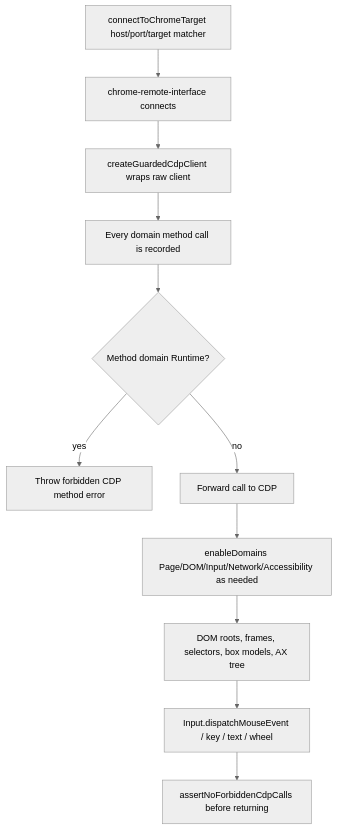
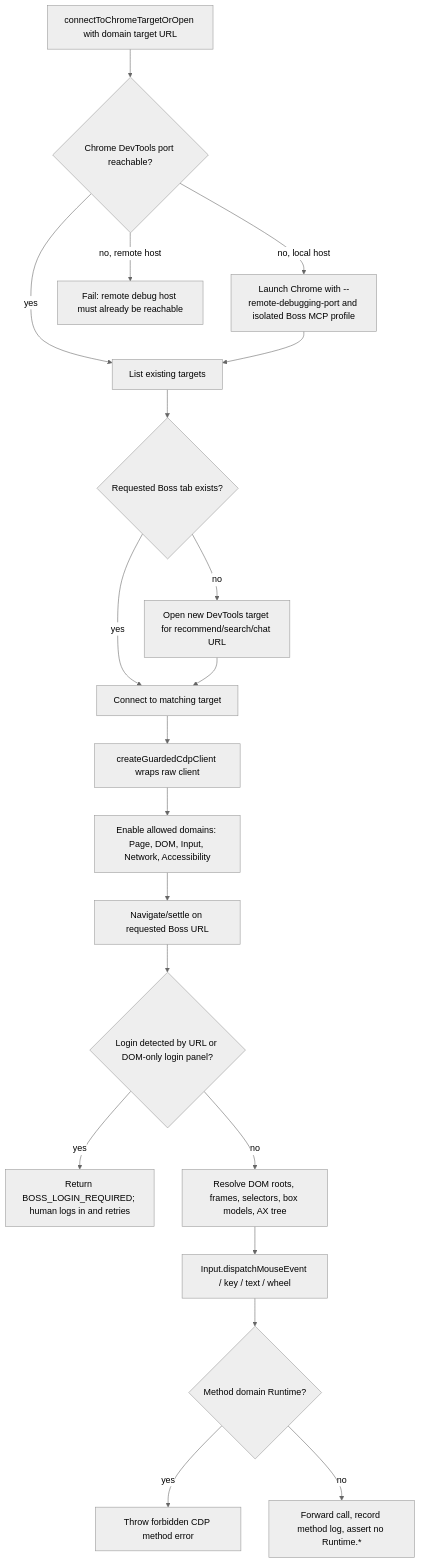
Before and after one commit to reconcrap-cpu/boss-recommend-mcp: the diagram in docs/visuals/process/source/04-cdp-only-browser-session-flow.mmd, drawn with Mermaid (neutral theme). The commit also changed 15 other files, not shown here.

Commit message:
Add automatic Boss Chrome startup

```diff
--- a/docs/visuals/process/source/04-cdp-only-browser-session-flow.mmd
+++ b/docs/visuals/process/source/04-cdp-only-browser-session-flow.mmd
@@ -1,11 +1,20 @@
 flowchart TD
-  A["connectToChromeTarget host/port/target matcher"] --> B["chrome-remote-interface connects"]
-  B --> C["createGuardedCdpClient wraps raw client"]
-  C --> D["Every domain method call is recorded"]
-  D --> E{"Method domain Runtime?"}
-  E -- "yes" --> F["Throw forbidden CDP method error"]
-  E -- "no" --> G["Forward call to CDP"]
-  G --> H["enableDomains Page/DOM/Input/Network/Accessibility as needed"]
-  H --> I["DOM roots, frames, selectors, box models, AX tree"]
-  I --> J["Input.dispatchMouseEvent / key / text / wheel"]
-  J --> K["assertNoForbiddenCdpCalls before returning"]
+  A["connectToChromeTargetOrOpen with domain target URL"] --> B{"Chrome DevTools port reachable?"}
+  B -- "yes" --> C["List existing targets"]
+  B -- "no, local host" --> D["Launch Chrome with --remote-debugging-port and isolated Boss MCP profile"]
+  B -- "no, remote host" --> E["Fail: remote debug host must already be reachable"]
+  D --> C
+  C --> F{"Requested Boss tab exists?"}
+  F -- "yes" --> G["Connect to matching target"]
+  F -- "no" --> H["Open new DevTools target for recommend/search/chat URL"]
+  H --> G
+  G --> I["createGuardedCdpClient wraps raw client"]
+  I --> J["Enable allowed domains: Page, DOM, Input, Network, Accessibility"]
+  J --> K["Navigate/settle on requested Boss URL"]
+  K --> L{"Login detected by URL or DOM-only login panel?"}
+  L -- "yes" --> M["Return BOSS_LOGIN_REQUIRED; human logs in and retries"]
+  L -- "no" --> N["Resolve DOM roots, frames, selectors, box models, AX tree"]
+  N --> O["Input.dispatchMouseEvent / key / text / wheel"]
+  O --> P{"Method domain Runtime?"}
+  P -- "yes" --> Q["Throw forbidden CDP method error"]
+  P -- "no" --> R["Forward call, record method log, assert no Runtime.*"]
```
